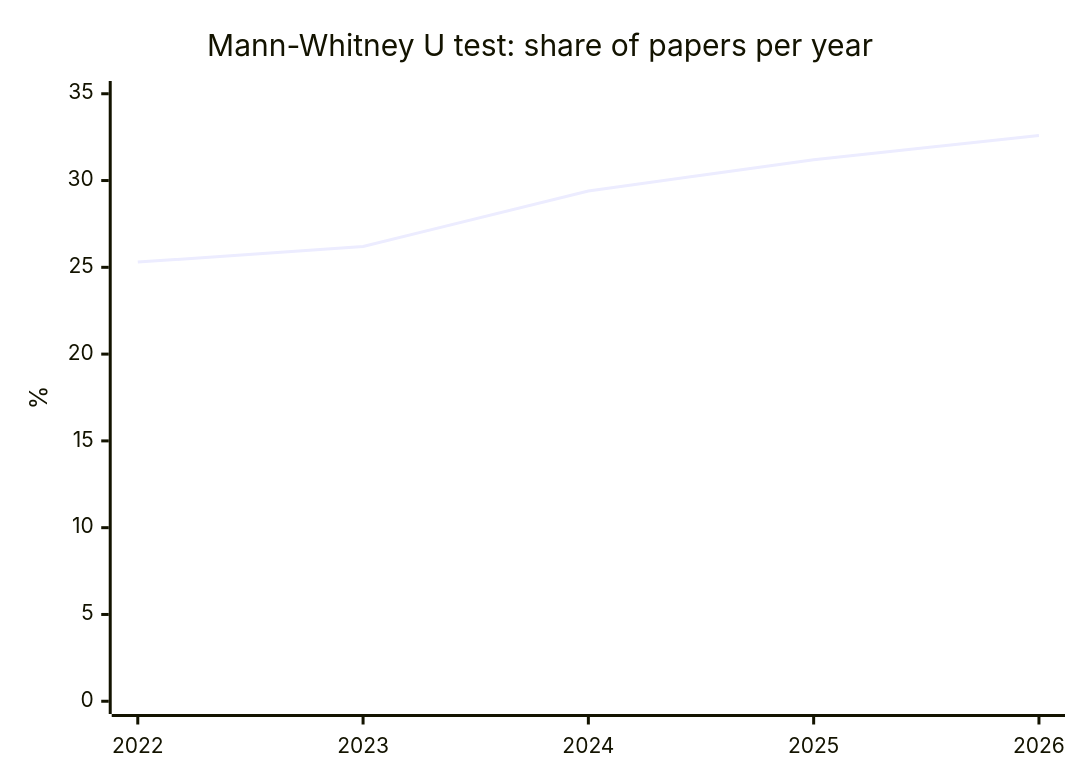
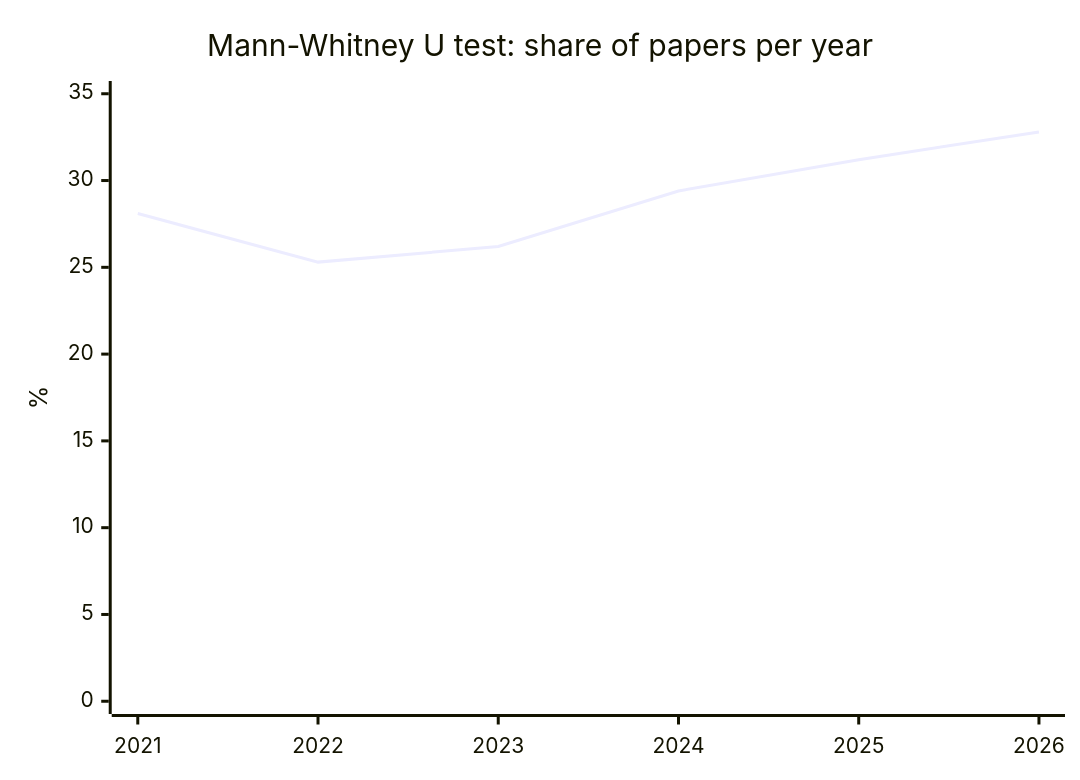
Before and after one commit to nfdi4health/datashield-function-ideas: the fourth of 5 diagrams in literature-watch/reports/overview.md, drawn with Mermaid. The commit also changed other lines of this file and 1 other file, not shown here.

````diff
--- a/literature-watch/reports/overview.md
+++ b/literature-watch/reports/overview.md
@@ -76,7 +76,7 @@
 ```mermaid
 xychart-beta
   title "Mann-Whitney U test: share of papers per year"
-  x-axis [2022, 2023, 2024, 2025, 2026]
+  x-axis [2021, 2022, 2023, 2024, 2025, 2026]
   y-axis "%" 0 --> 35
-  line [25.3, 26.2, 29.4, 31.2, 32.6]
+  line [28.1, 25.3, 26.2, 29.4, 31.2, 32.8]
 ```
````
